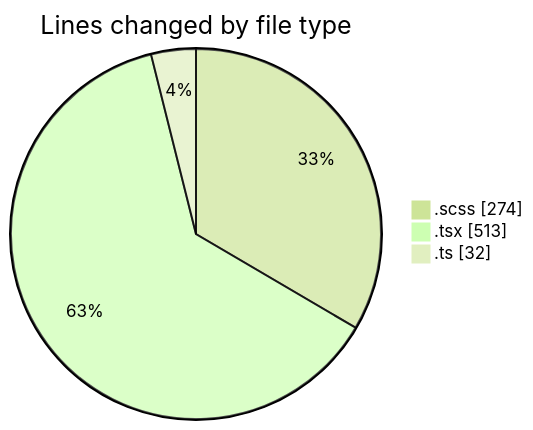
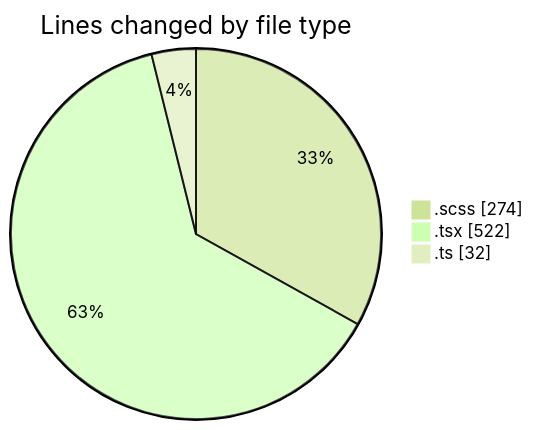
Before and after one commit to momahboobian/code-tracking: the first of 2 diagrams in 2025-03-04/cda/README.md, drawn with Mermaid (forest theme). The commit also changed other lines of this file and 1 other file, not shown here.

````diff
--- a/2025-03-04/cda/README.md
+++ b/2025-03-04/cda/README.md
@@ -25,7 +25,7 @@
 ```mermaid
 pie showData
 title Lines changed by file type
 ".scss" : 274
-".tsx" : 513
+".tsx" : 522
 ".ts" : 32
 ```
````
